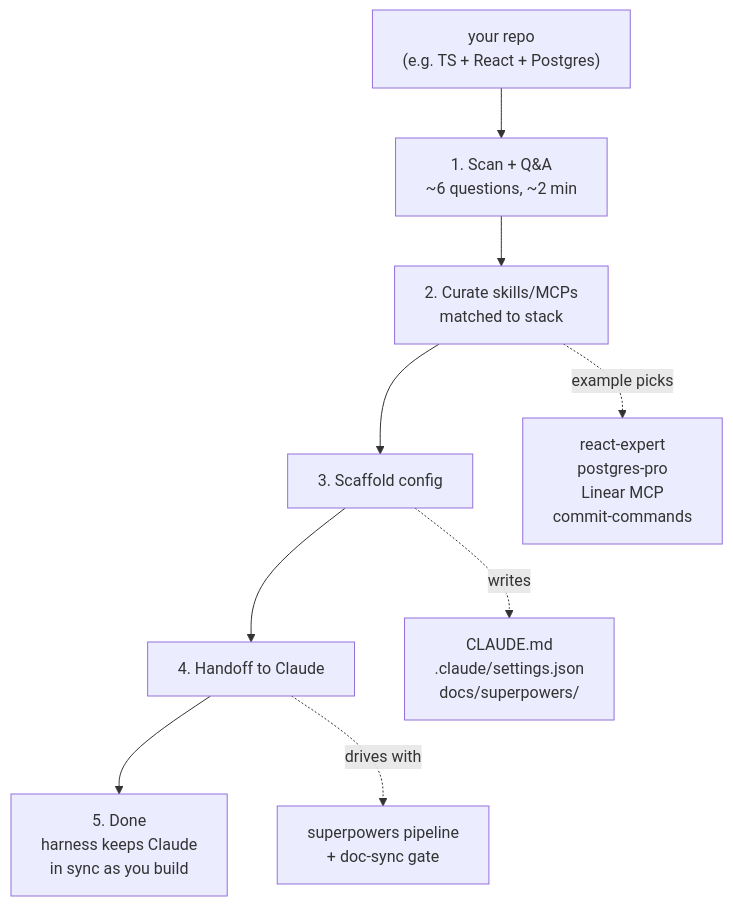
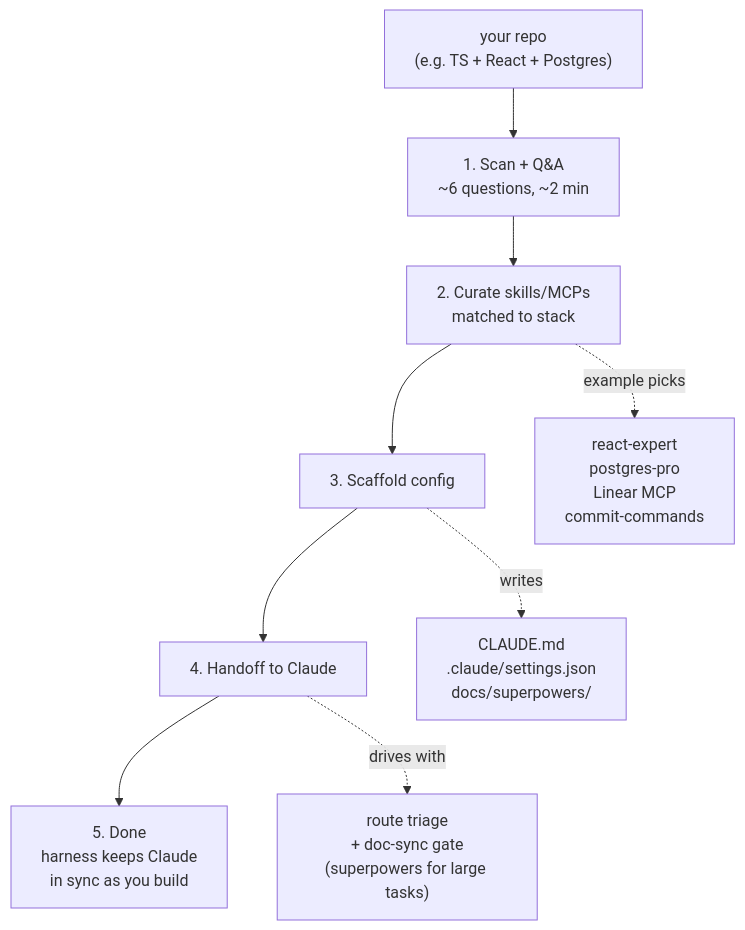
The diagram in README.md (RockyHong/super-bootstrap), drawn with Mermaid before and after one commit. The commit also changed other lines of this file, not shown here.

First line of the commit message:
docs: clarify superpowers as Large-route leverage, not substrate

````diff
--- a/README.md
+++ b/README.md
@@ -32,13 +32,13 @@
 ```mermaid
 flowchart TD
     repo["your repo<br/>(e.g. TS + React + Postgres)"]
     repo --> scan["1. Scan + Q&A<br/>~6 questions, ~2 min"]
     scan --> curate["2. Curate skills/MCPs<br/>matched to stack"]
     curate --> scaffold["3. Scaffold config"]
     scaffold --> handoff["4. Handoff to Claude"]
     handoff --> done["5. Done<br/>harness keeps Claude<br/>in sync as you build"]
 
     curate -.->|example picks| picks["react-expert<br/>postgres-pro<br/>Linear MCP<br/>commit-commands"]
     scaffold -.->|writes| files["CLAUDE.md<br/>.claude/settings.json<br/>docs/superpowers/"]
-    handoff -.->|drives with| engine["superpowers pipeline<br/>+ doc-sync gate"]
+    handoff -.->|drives with| engine["route triage<br/>+ doc-sync gate<br/>(superpowers for large tasks)"]
 ```
````
